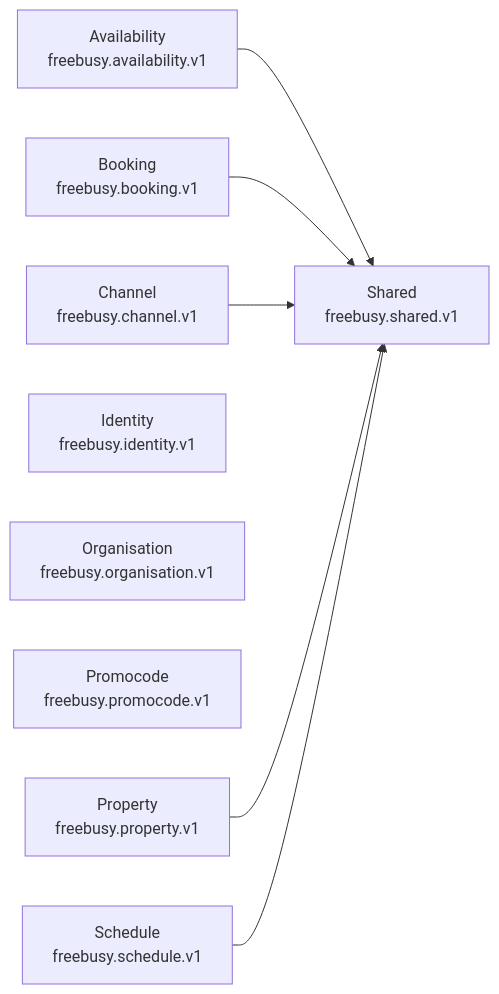
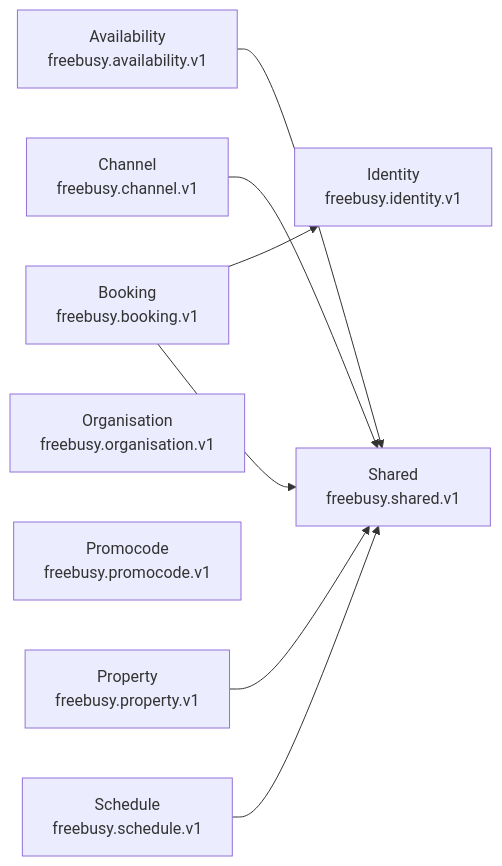
One commit to oh-tarnished/freebusy changed the diagram in protobuf/README.md. Above: the diagram before and after it, drawn with Mermaid. The commit also changed other lines of this file and 147 other files, not shown here.

````diff
--- a/protobuf/README.md
+++ b/protobuf/README.md
@@ -27,17 +27,18 @@
 ```mermaid
 graph LR
     freebusy_availability_v1["Availability<br/>freebusy.availability.v1"]
     freebusy_booking_v1["Booking<br/>freebusy.booking.v1"]
     freebusy_channel_v1["Channel<br/>freebusy.channel.v1"]
     freebusy_identity_v1["Identity<br/>freebusy.identity.v1"]
     freebusy_organisation_v1["Organisation<br/>freebusy.organisation.v1"]
     freebusy_promocode_v1["Promocode<br/>freebusy.promocode.v1"]
     freebusy_property_v1["Property<br/>freebusy.property.v1"]
     freebusy_schedule_v1["Schedule<br/>freebusy.schedule.v1"]
     freebusy_shared_v1["Shared<br/>freebusy.shared.v1"]
     freebusy_availability_v1 --> freebusy_shared_v1
+    freebusy_booking_v1 --> freebusy_identity_v1
     freebusy_booking_v1 --> freebusy_shared_v1
     freebusy_channel_v1 --> freebusy_shared_v1
     freebusy_property_v1 --> freebusy_shared_v1
     freebusy_schedule_v1 --> freebusy_shared_v1
 ```
````
